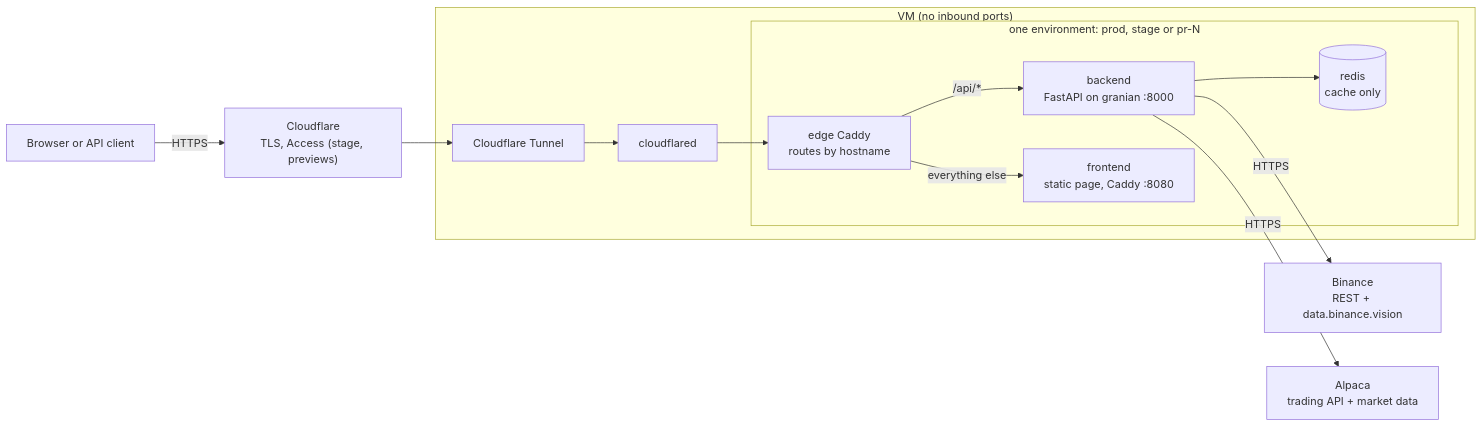
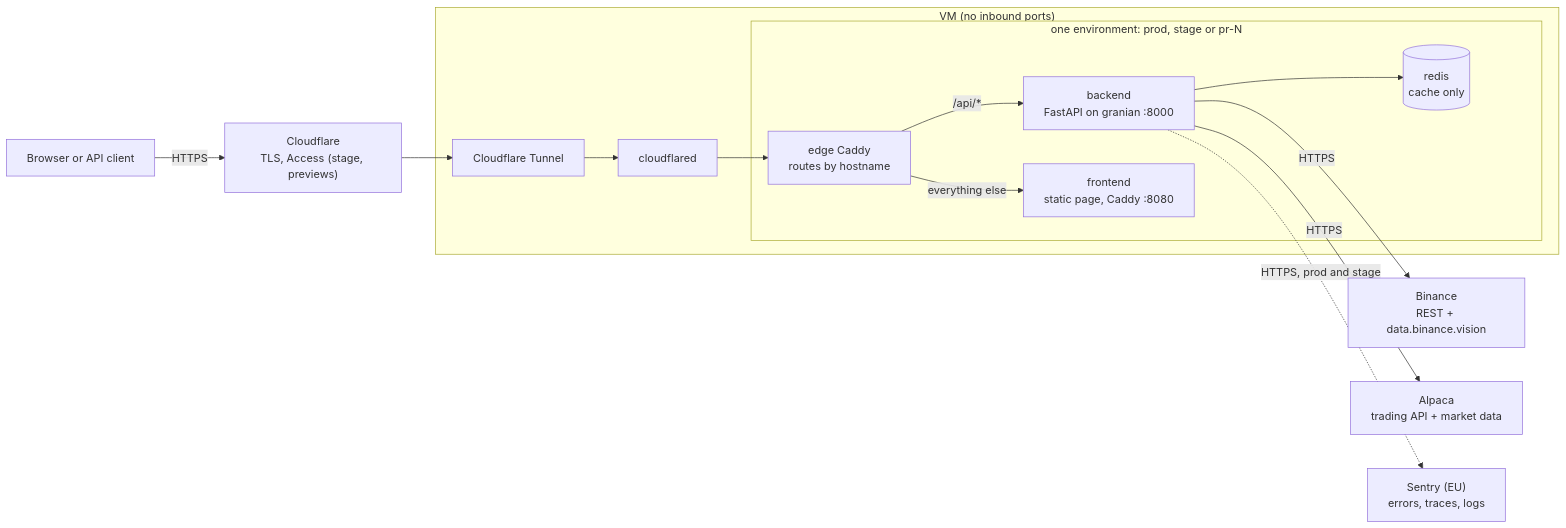
One commit to CandleStack-FEI-STU/candlestack changed the diagram in docs/architecture.md. Above: the diagram before and after it, drawn with Mermaid. The commit also changed other lines of this file and 20 other files, not shown here.

Commit message:
Send backend errors, traces and logs of prod and stage to Sentry (#63)

````diff
--- a/docs/architecture.md
+++ b/docs/architecture.md
@@ -14,16 +14,17 @@
 ```mermaid
 flowchart LR
     browser["Browser or API client"] -->|HTTPS| cf["Cloudflare<br/>TLS, Access (stage, previews)"]
     cf --> tunnel["Cloudflare Tunnel"]
     subgraph vm["VM (no inbound ports)"]
         tunnel --> cloudflared["cloudflared"]
         cloudflared --> caddy["edge Caddy<br/>routes by hostname"]
         subgraph envbox["one environment: prod, stage or pr-N"]
             caddy -->|"/api/*"| backend["backend<br/>FastAPI on granian :8000"]
             caddy -->|"everything else"| frontend["frontend<br/>static page, Caddy :8080"]
             backend --> redis[("redis<br/>cache only")]
         end
     end
     backend -->|HTTPS| binance["Binance<br/>REST + data.binance.vision"]
     backend -->|HTTPS| alpaca["Alpaca<br/>trading API + market data"]
+    backend -.->|"HTTPS, prod and stage"| sentry["Sentry (EU)<br/>errors, traces, logs"]
 ```
````
